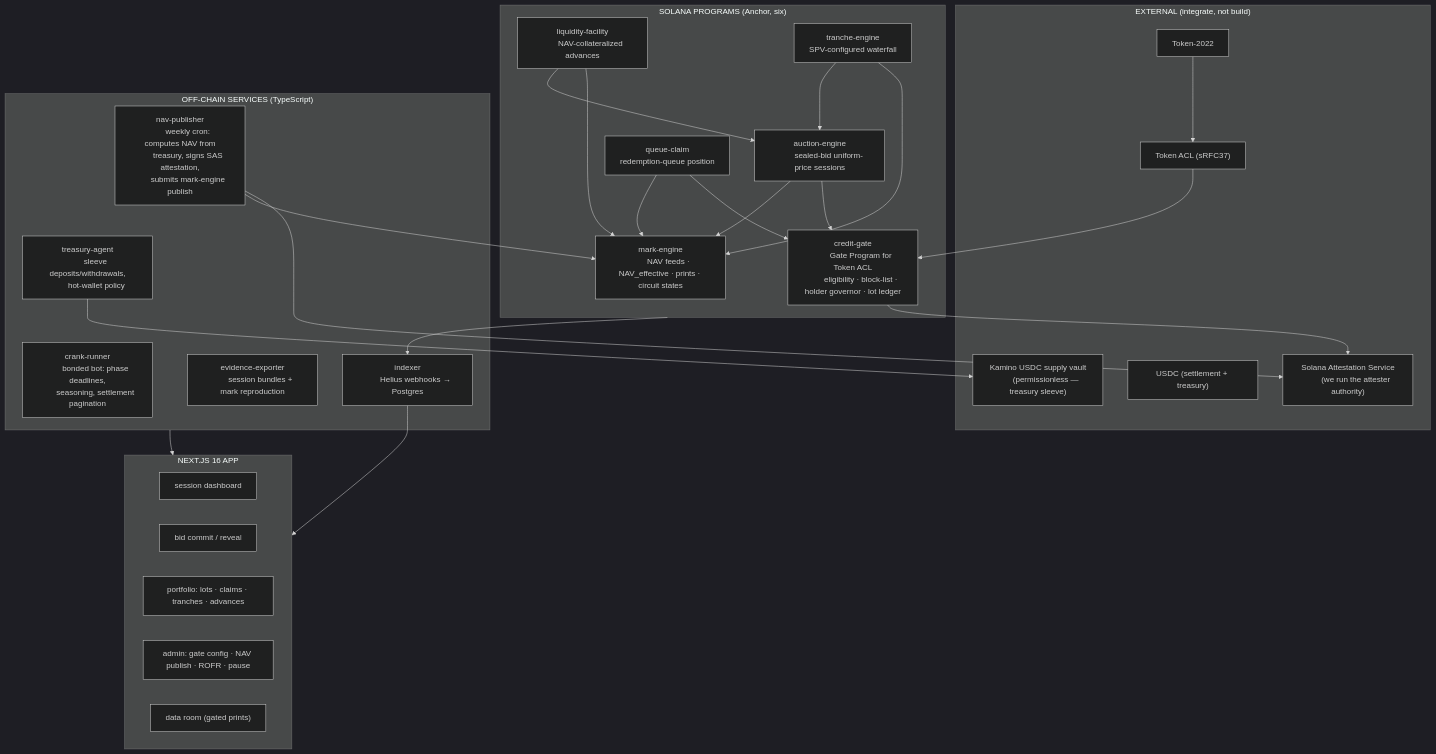
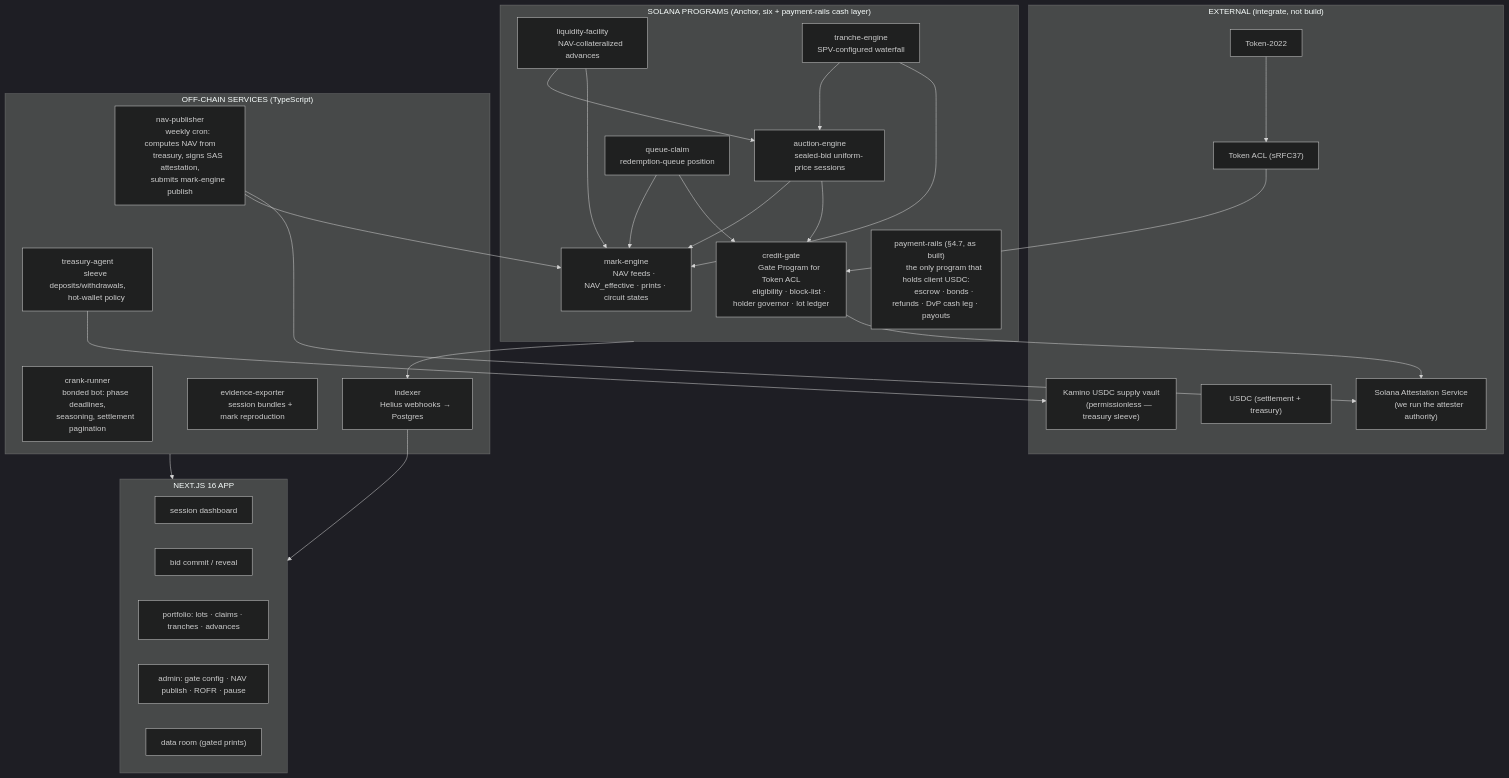
One commit to Srizdebnath/nundina changed the diagram in preresearch/architecture/08-SRS-Pilot-Rails.md. Above: the diagram before and after it, drawn with Mermaid (dark theme). The commit also changed other lines of this file and 1 other file, not shown here.

First line of the commit message:
docs: amend the plan of record to include payment-rails (#47)

````diff
--- a/preresearch/architecture/08-SRS-Pilot-Rails.md
+++ b/preresearch/architecture/08-SRS-Pilot-Rails.md
@@ -40,71 +40,74 @@
 ```mermaid
 flowchart TB
-    subgraph CHAIN["SOLANA PROGRAMS (Anchor, six)"]
+    subgraph CHAIN["SOLANA PROGRAMS (Anchor, six + payment-rails cash layer)"]
         GATE["credit-gate
         Gate Program for Token ACL
         eligibility · block-list · holder governor · lot ledger"]
         AUC["auction-engine
         sealed-bid uniform-price sessions"]
         MARK["mark-engine
         NAV feeds · NAV_effective · prints · circuit states"]
         QC["queue-claim
         redemption-queue position"]
         LF["liquidity-facility
         NAV-collateralized advances"]
         TE["tranche-engine
         SPV-configured waterfall"]
+        RAILS["payment-rails (§4.7, as built)
+        the only program that holds client USDC:
+        escrow · bonds · refunds · DvP cash leg · payouts"]
     end
 
     subgraph EXT["EXTERNAL (integrate, not build)"]
         ACL["Token ACL (sRFC37)"]
         SAS["Solana Attestation Service
         (we run the attester authority)"]
         T22["Token-2022"]
         USDC["USDC (settlement + treasury)"]
         KAMINO["Kamino USDC supply vault
         (permissionless — treasury sleeve)"]
     end
 
     subgraph OFF["OFF-CHAIN SERVICES (TypeScript)"]
         NAV["nav-publisher
         weekly cron: computes NAV from
         treasury, signs SAS attestation,
         submits mark-engine publish"]
         TRS["treasury-agent
         sleeve deposits/withdrawals,
         hot-wallet policy"]
         CRANK["crank-runner
         bonded bot: phase deadlines,
         seasoning, settlement pagination"]
         IDX["indexer
         Helius webhooks → Postgres"]
         EV["evidence-exporter
         session bundles + mark reproduction"]
     end
 
     subgraph UI["NEXT.JS 16 APP"]
         DASH["session dashboard"]
         BIDP["bid commit / reveal"]
         PORT["portfolio: lots · claims · tranches · advances"]
         ADM["admin: gate config · NAV publish · ROFR · pause"]
         DR["data room (gated prints)"]
     end
 
     ACL --> GATE
     GATE --> SAS
     AUC --> GATE
     AUC --> MARK
     QC --> GATE
     QC --> MARK
     LF --> MARK
     LF --> AUC
     TE --> MARK
     TE --> AUC
     T22 --> ACL
     NAV --> SAS
     NAV --> MARK
     TRS --> KAMINO
     CHAIN --> IDX
     IDX --> UI
     OFF --> UI
 ```
````
